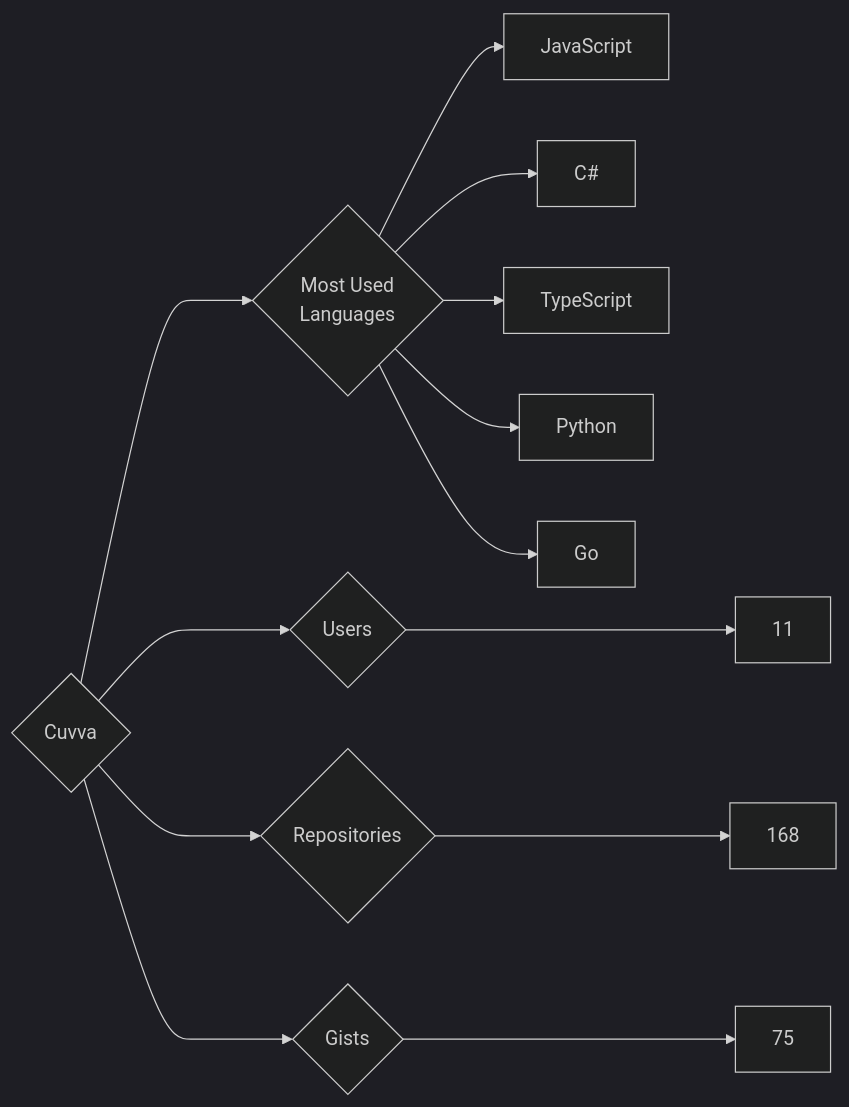
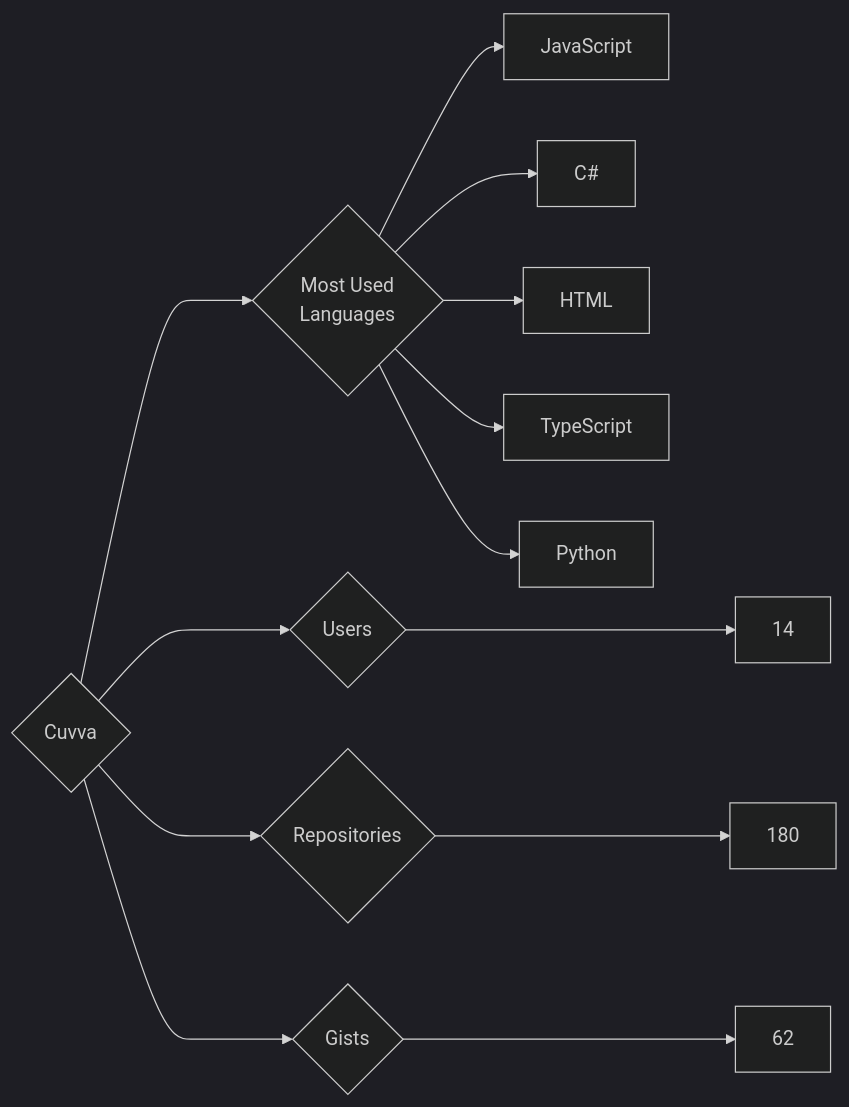
The diagram in targets/Cuvva/README.md (trickest/insiders), drawn with Mermaid (dark theme) before and after one commit. The commit also changed 951 other files, not shown here.

````diff
--- a/targets/Cuvva/README.md
+++ b/targets/Cuvva/README.md
@@ -3,13 +3,13 @@
 ```mermaid
 graph LR
 COMPANY_NAME{Cuvva}
-COMPANY_NAME ---> U{Users} ---> UN[11]
-COMPANY_NAME ---> R{Repositories} ---> RN[168]
-COMPANY_NAME ---> G{Gists} ---> GN[75]
+COMPANY_NAME ---> U{Users} ---> UN[14]
+COMPANY_NAME ---> R{Repositories} ---> RN[180]
+COMPANY_NAME ---> G{Gists} ---> GN[62]
 COMPANY_NAME ---> ML{Most Used<br>Languages}
-ML --> JavaScript
-ML --> C#
-ML --> TypeScript
-ML --> Python
-ML --> Go
+ML --> JavaScript[JavaScript]
+ML --> C#[C#]
+ML --> HTML[HTML]
+ML --> TypeScript[TypeScript]
+ML --> Python[Python]
 ```
````
